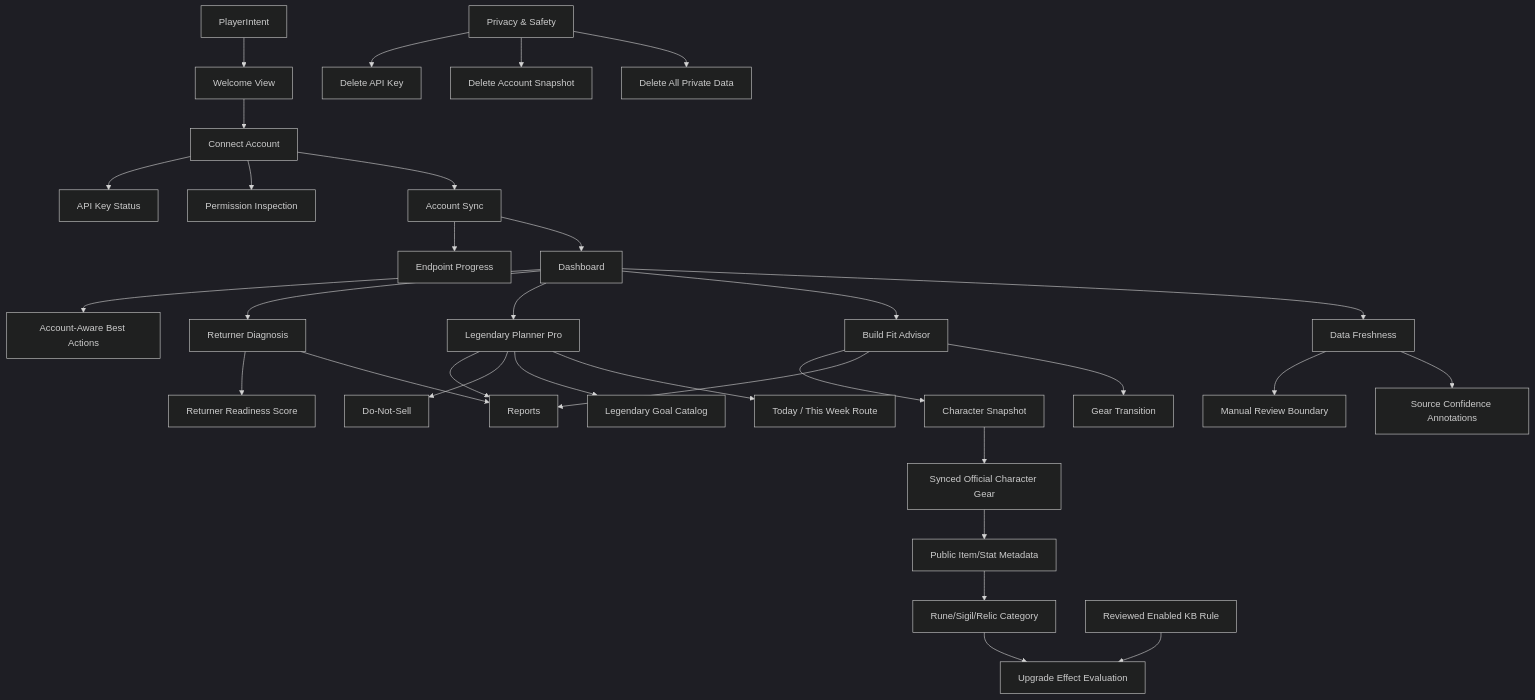
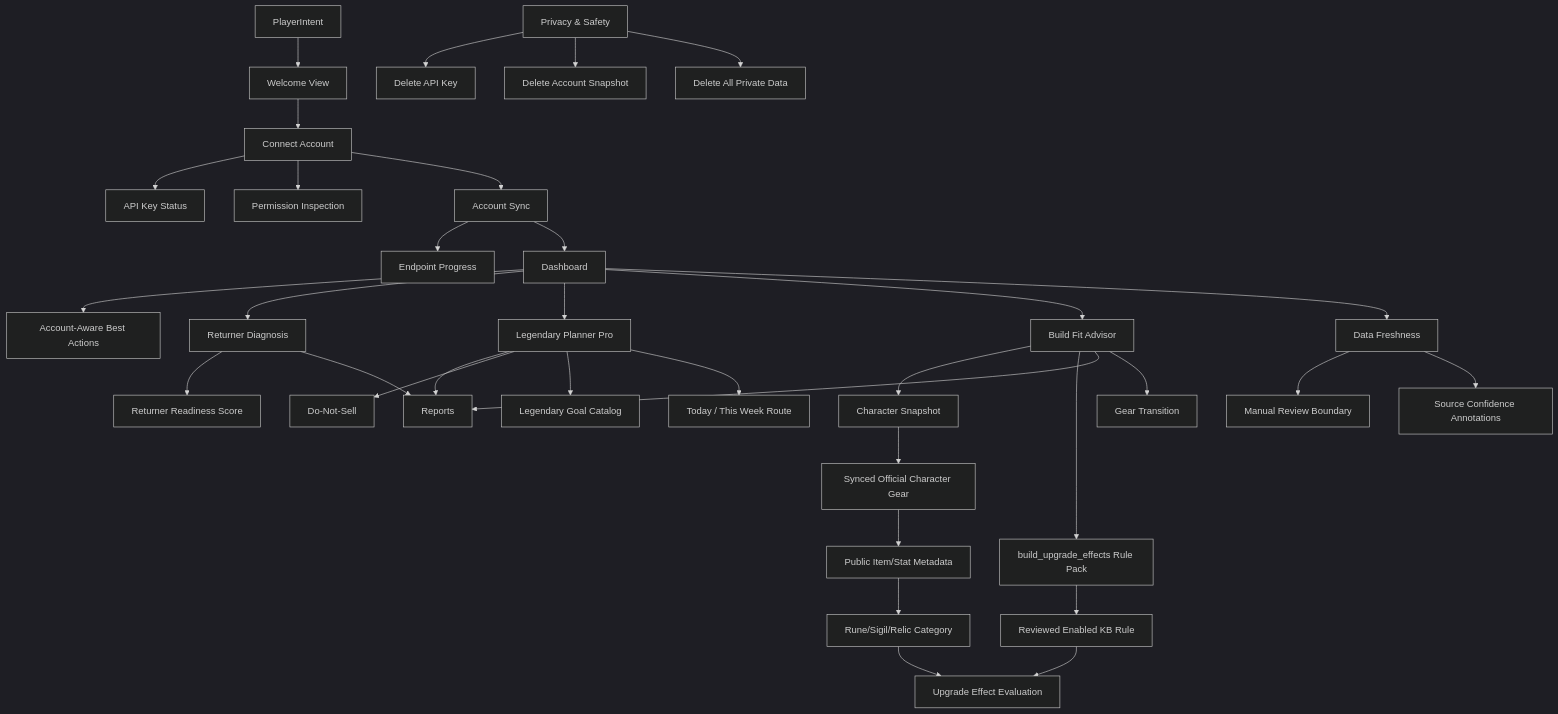
The diagram in docs/ui/PLAYER_UI_SEMANTIC_GRAPH_AUDIT.md (johnslee1207-commits/gw2radar), drawn with Mermaid (dark theme) before and after one commit. The commit also changed other lines of this file and 8 other files, not shown here.

````diff
--- a/docs/ui/PLAYER_UI_SEMANTIC_GRAPH_AUDIT.md
+++ b/docs/ui/PLAYER_UI_SEMANTIC_GRAPH_AUDIT.md
@@ -9,34 +9,36 @@
 ```mermaid
 graph TD
   PlayerIntent["PlayerIntent"] --> Welcome["Welcome View"]
   Welcome --> Connect["Connect Account"]
   Connect --> AccountKey["API Key Status"]
   Connect --> PermissionInspection["Permission Inspection"]
   Connect --> AccountSync["Account Sync"]
   AccountSync --> EndpointProgress["Endpoint Progress"]
   AccountSync --> Dashboard["Dashboard"]
   Dashboard --> BestActions["Account-Aware Best Actions"]
   Dashboard --> Returner["Returner Diagnosis"]
   Returner --> ReturnerReadiness["Returner Readiness Score"]
   Dashboard --> Legendary["Legendary Planner Pro"]
   Dashboard --> BuildFit["Build Fit Advisor"]
   BuildFit --> CharacterSnapshot["Character Snapshot"]
   CharacterSnapshot --> SyncedCharacterGear["Synced Official Character Gear"]
   SyncedCharacterGear --> PublicItemMetadata["Public Item/Stat Metadata"]
   PublicItemMetadata --> GearSemanticCategory["Rune/Sigil/Relic Category"]
   GearSemanticCategory --> UpgradeEffectEvaluation["Upgrade Effect Evaluation"]
+  BuildFit --> BuildUpgradeRulePack["build_upgrade_effects Rule Pack"]
+  BuildUpgradeRulePack --> KBRule
   KBRule["Reviewed Enabled KB Rule"] --> UpgradeEffectEvaluation
   Dashboard --> Freshness["Data Freshness"]
   Returner --> ReportCenter["Reports"]
   Legendary --> ReportCenter
   BuildFit --> ReportCenter
   Legendary --> DoNotSell["Do-Not-Sell"]
   Legendary --> LegendaryGoalCatalog["Legendary Goal Catalog"]
   Legendary --> LegendaryWeeklyRoute["Today / This Week Route"]
   BuildFit --> GearTransition["Gear Transition"]
   Freshness --> SafetyBoundary["Manual Review Boundary"]
   Freshness --> SourceConfidence["Source Confidence Annotations"]
   Privacy["Privacy & Safety"] --> DeleteKey["Delete API Key"]
   Privacy --> DeleteSnapshot["Delete Account Snapshot"]
   Privacy --> DeleteAllPrivate["Delete All Private Data"]
 ```
````
